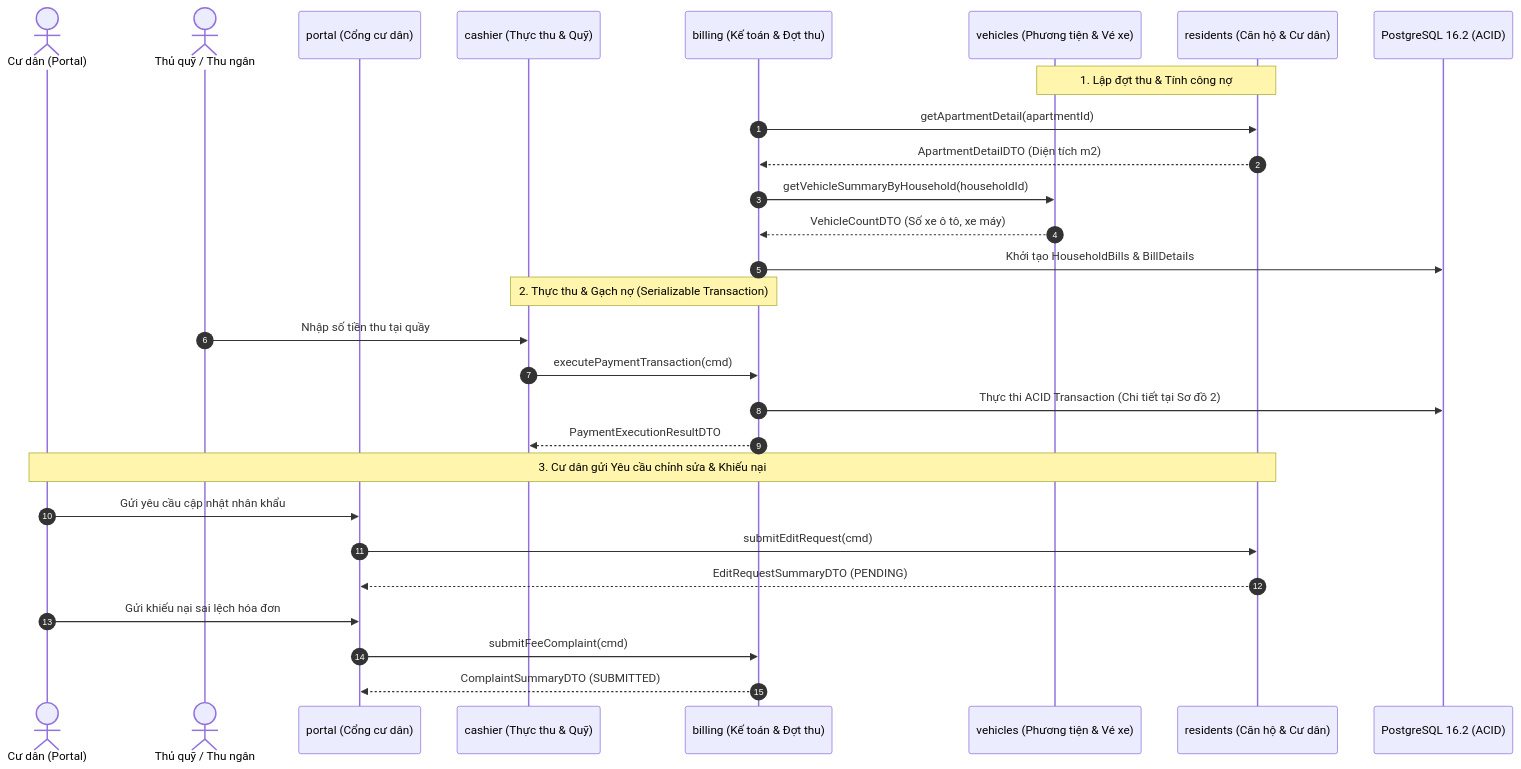
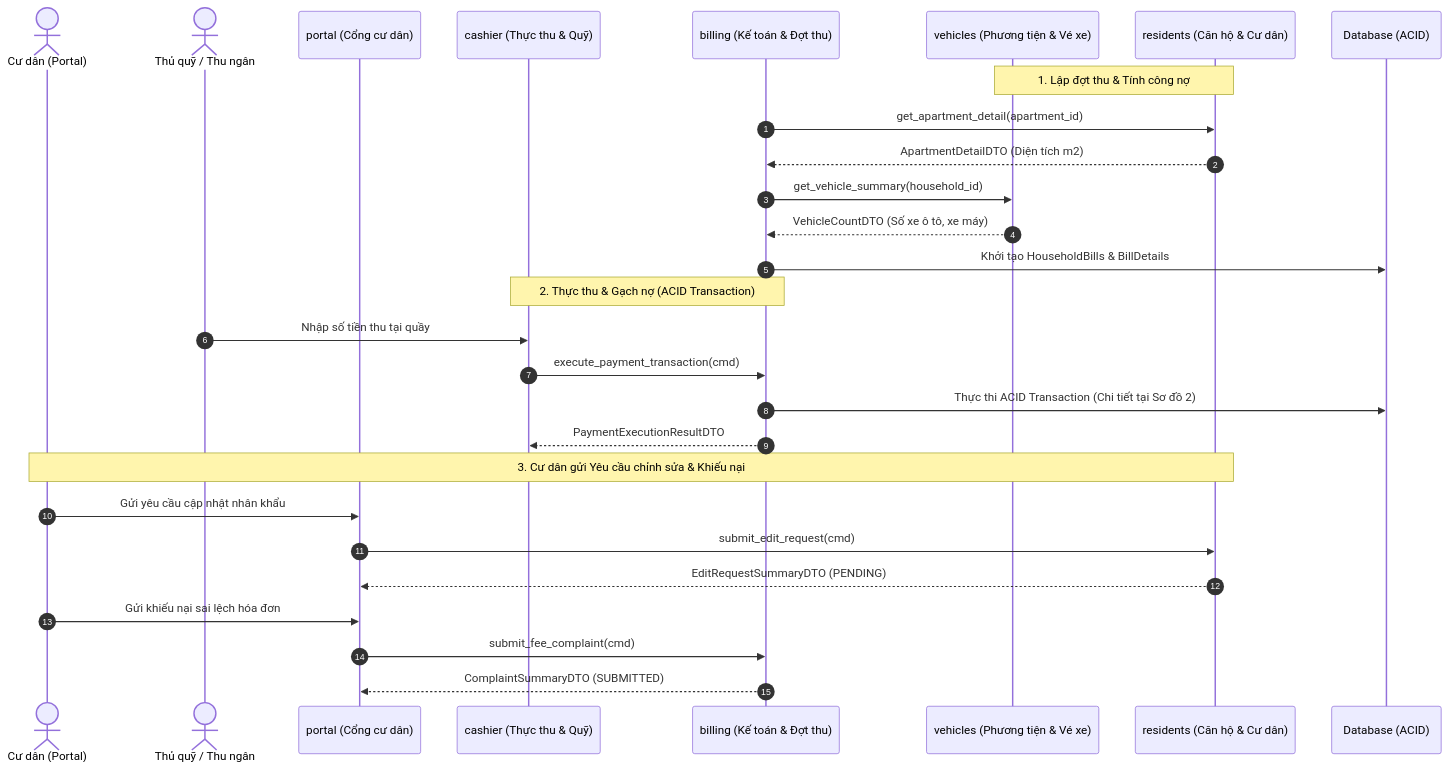
One commit to Viet-Tung/bluemoon-management-system changed the third of 4 diagrams in docs/PRE_CODING_BASELINE.md. Above: the diagram before and after it, drawn with Mermaid. The commit also changed other lines of this file, not shown here.

Commit message:
docs(architecture): chuyen doi ma tran cong nghe sang python fastapi than thien sinh vien

````diff
--- a/docs/PRE_CODING_BASELINE.md
+++ b/docs/PRE_CODING_BASELINE.md
@@ -417,33 +445,33 @@
 ```mermaid
 sequenceDiagram
     autonumber
     actor Resident as Cư dân (Portal)
     actor Cashier as Thủ quỹ / Thu ngân
     participant PortalMod as portal (Cổng cư dân)
     participant CashierMod as cashier (Thực thu & Quỹ)
     participant BillingMod as billing (Kế toán & Đợt thu)
     participant VehicleMod as vehicles (Phương tiện & Vé xe)
     participant ResidentMod as residents (Căn hộ & Cư dân)
-    participant DB as PostgreSQL 16.2 (ACID)
+    participant DB as Database (ACID)
 
     Note over ResidentMod,VehicleMod: 1. Lập đợt thu & Tính công nợ
-    BillingMod->>ResidentMod: getApartmentDetail(apartmentId)
+    BillingMod->>ResidentMod: get_apartment_detail(apartment_id)
     ResidentMod-->>BillingMod: ApartmentDetailDTO (Diện tích m2)
-    BillingMod->>VehicleMod: getVehicleSummaryByHousehold(householdId)
+    BillingMod->>VehicleMod: get_vehicle_summary(household_id)
     VehicleMod-->>BillingMod: VehicleCountDTO (Số xe ô tô, xe máy)
     BillingMod->>DB: Khởi tạo HouseholdBills & BillDetails
 
-    Note over CashierMod,BillingMod: 2. Thực thu & Gạch nợ (Serializable Transaction)
+    Note over CashierMod,BillingMod: 2. Thực thu & Gạch nợ (ACID Transaction)
     Cashier->>CashierMod: Nhập số tiền thu tại quầy
-    CashierMod->>BillingMod: executePaymentTransaction(cmd)
+    CashierMod->>BillingMod: execute_payment_transaction(cmd)
     BillingMod->>DB: Thực thi ACID Transaction (Chi tiết tại Sơ đồ 2)
     BillingMod-->>CashierMod: PaymentExecutionResultDTO
 
     Note over Resident,ResidentMod: 3. Cư dân gửi Yêu cầu chỉnh sửa & Khiếu nại
     Resident->>PortalMod: Gửi yêu cầu cập nhật nhân khẩu
-    PortalMod->>ResidentMod: submitEditRequest(cmd)
+    PortalMod->>ResidentMod: submit_edit_request(cmd)
     ResidentMod-->>PortalMod: EditRequestSummaryDTO (PENDING)
     Resident->>PortalMod: Gửi khiếu nại sai lệch hóa đơn
-    PortalMod->>BillingMod: submitFeeComplaint(cmd)
+    PortalMod->>BillingMod: submit_fee_complaint(cmd)
     BillingMod-->>PortalMod: ComplaintSummaryDTO (SUBMITTED)
 ```
````
